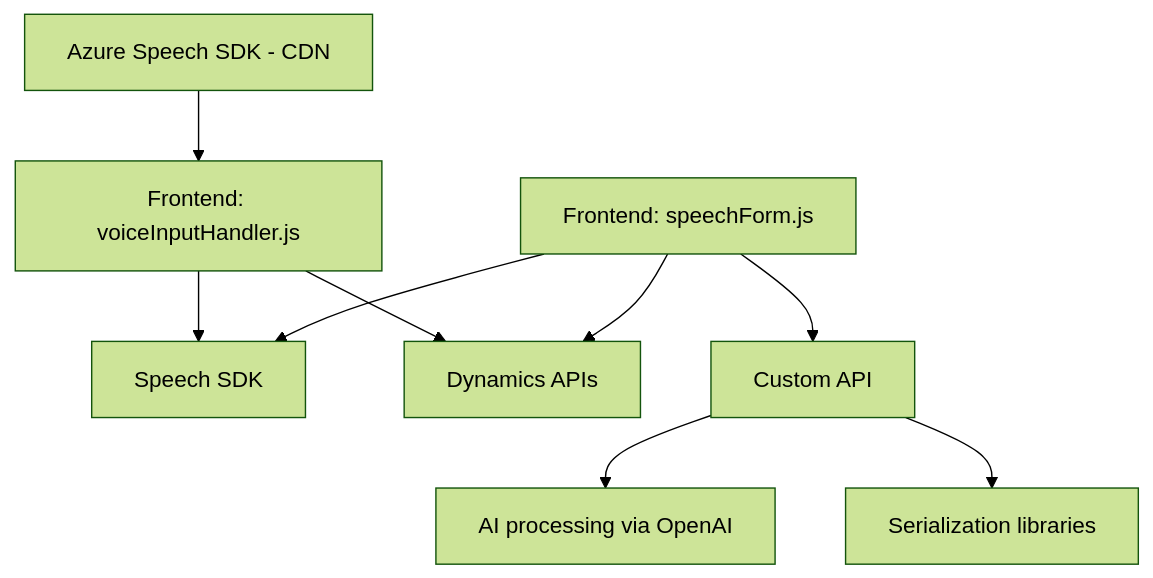
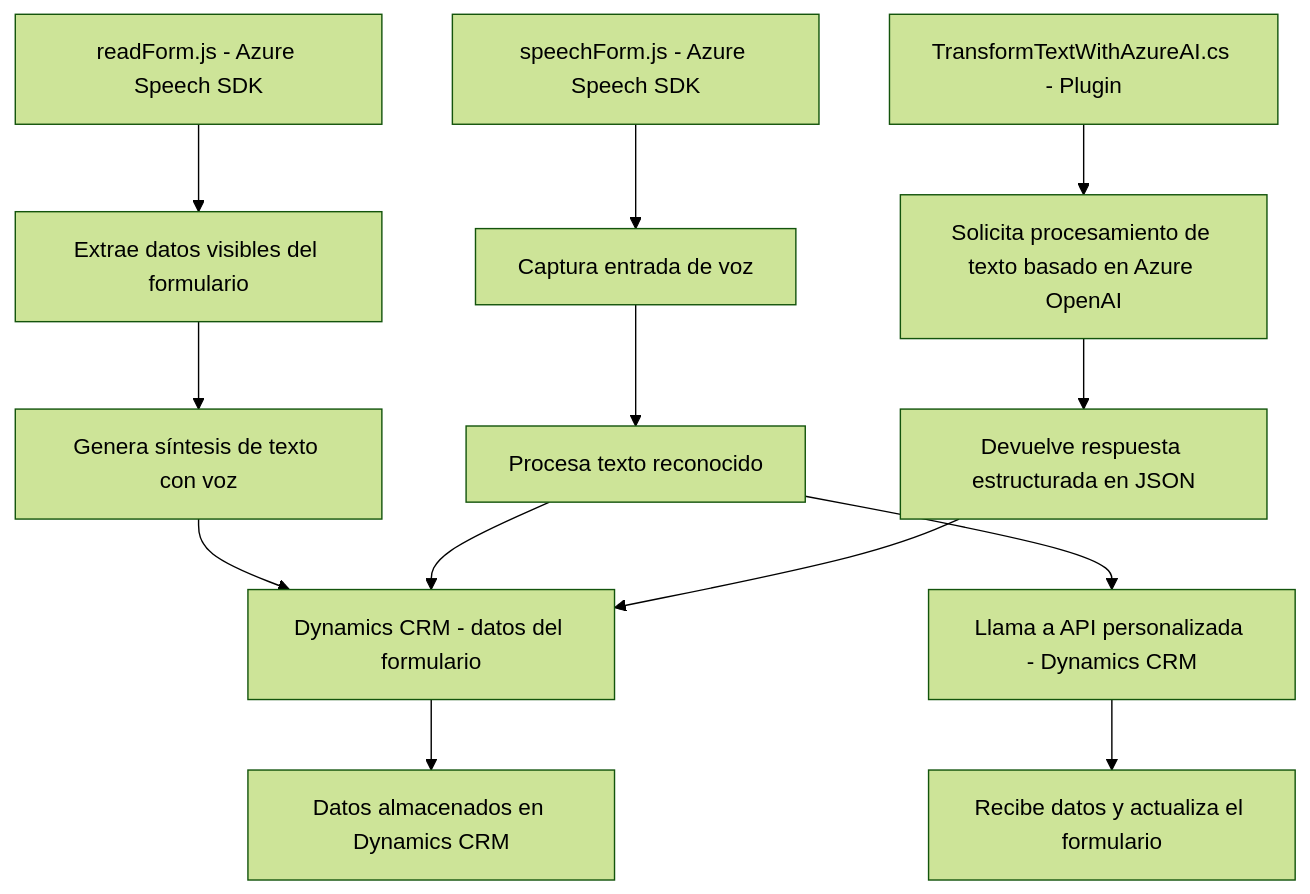
Before and after one commit to blopezdm/NETCORE_BILBAO2025: the diagram in README.md, drawn with Mermaid (forest theme). The commit also changed other lines of this file, not shown here.

Commit message:
Actualizar análisis global de la solución con IA

````diff
--- a/README.md
+++ b/README.md
@@ -38,20 +49,18 @@
 ```mermaid
 graph TD
-    A1["Frontend: voiceInputHandler.js"]
-    A2["Frontend: speechForm.js"]
-    B["Azure Speech SDK"]
-    C["Dynamics CRM"]
-    D1["Azure OpenAI API"]
-    D2["Azure Speech SDK - CDN"]
-    E["Plugins: TransformTextWithAzureAI.cs"]
-    F["JSON parsing libraries"]
+  A["readForm.js - Azure Speech SDK"] --> B["Extrae datos visibles del formulario"]
+  B --> C["Genera síntesis de texto con voz"]
+  C --> D["Dynamics CRM - datos del formulario"]
 
-    A1 --> B["Speech SDK"]
-    A1 --> C["Form Dynamics"]
-    A2 --> B["Speech SDK"]
-    A2 --> C["Dynamics APIs"]
-    A2 --> E["Custom API"]
-    E --> D1["AI processing via OpenAI"]
-    E --> F["Serialization libraries"]
-    D2 --> A1
+  E["speechForm.js - Azure Speech SDK"] --> F["Captura entrada de voz"]
+  F --> G["Procesa texto reconocido"]
+  G --> D
+  G --> H["Llama a API personalizada - Dynamics CRM"]
+  H --> I["Recibe datos y actualiza el formulario"]
+
+  J["TransformTextWithAzureAI.cs - Plugin"] --> K["Solicita procesamiento de texto basado en Azure OpenAI"]
+  K --> L["Devuelve respuesta estructurada en JSON"]
+  L --> D
+
+  D --> M["Datos almacenados en Dynamics CRM"]
 ```
````
